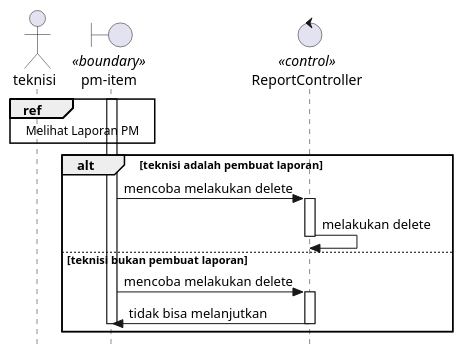
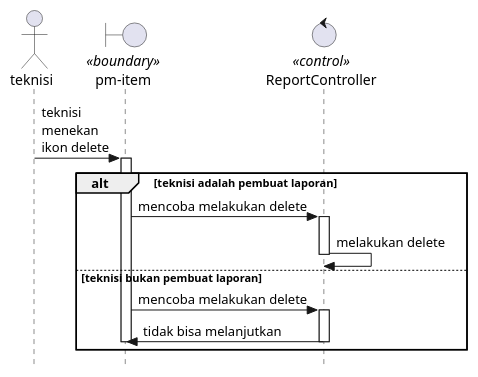
One commit to KPL-slur/eec-sifse-fixed changed the second of 2 diagrams in Docs/diagrams/sequence/PmAuthz.plantuml. Above: the diagram before and after it, drawn with PlantUML. The commit also changed other lines of this file and 19 other files, not shown here.

```diff
--- a/Docs/diagrams/sequence/PmAuthz.plantuml
+++ b/Docs/diagrams/sequence/PmAuthz.plantuml
@@ -33,28 +32,27 @@
 @startuml pmAuthzDelete
 
 skinparam style strictuml
 
 actor teknisi
 boundary "pm-item" as pmItem <<boundary>>
 control ReportController <<control>>
 
-ref over teknisi, pmItem : Melihat Laporan PM
-
-activate pmItem
+teknisi -> pmItem : teknisi\nmenekan\nikon delete
+    activate pmItem
 alt teknisi adalah pembuat laporan 
     pmItem -> ReportController : mencoba melakukan delete
         activate ReportController
 
     ReportController -> ReportController : melakukan delete
         deactivate ReportController
 
 else teknisi bukan pembuat laporan
     pmItem -> ReportController : mencoba melakukan delete
         activate ReportController
 
     ReportController -> pmItem : tidak bisa melanjutkan
         deactivate ReportController
         deactivate pmItem
 end
 
 @enduml
```
